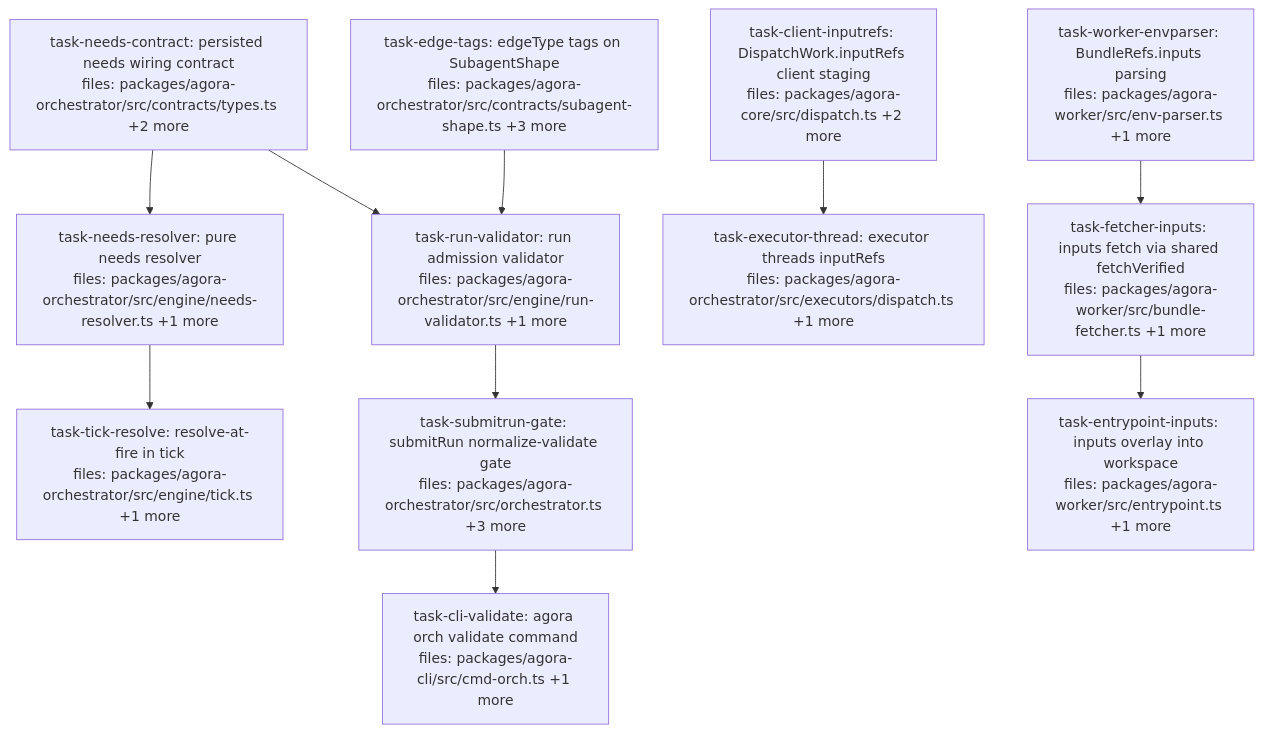
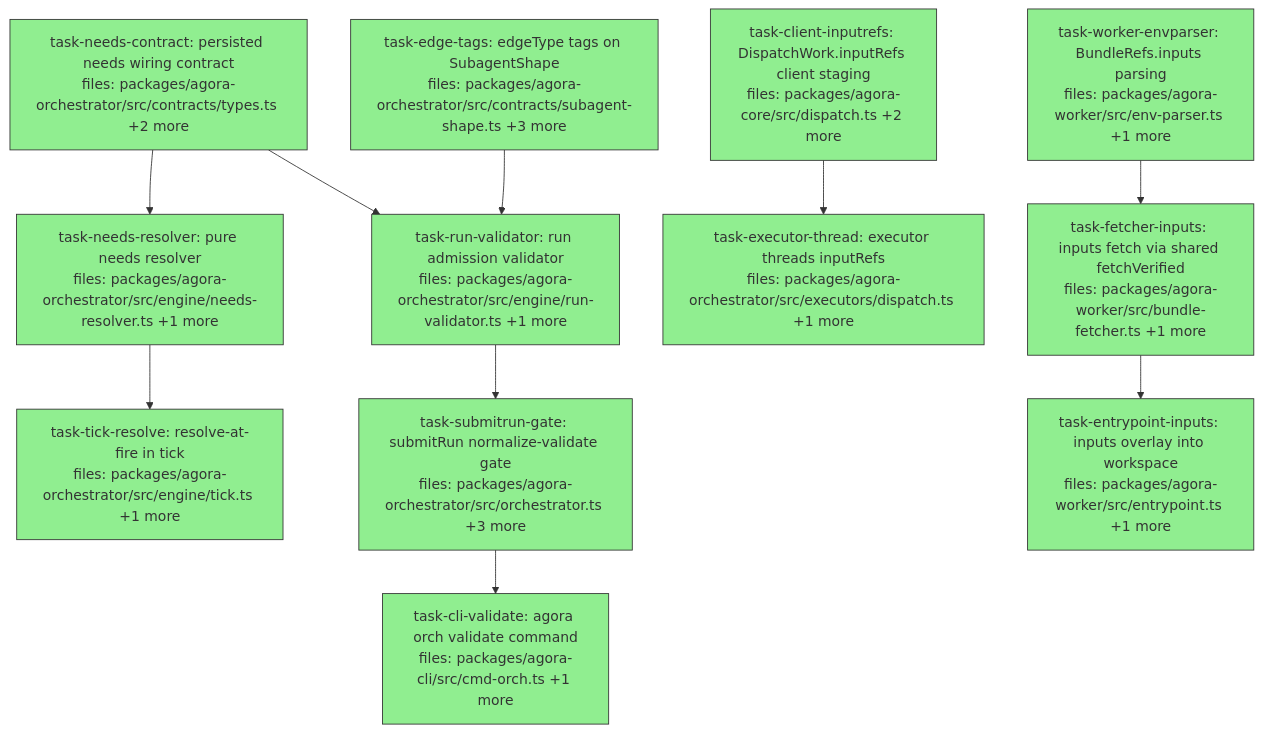
One commit to QuarrySystems/pangolin changed the diagram in docs/superpowers/plans/2026-06-05-handoff-wave-b-input-seam-dag.md. Above: the diagram before and after it, drawn with Mermaid. The commit also changed other lines of this file and 30 other files, not shown here.

First line of the commit message:
feat: typed-product handoff Wave B — input seam, wiring + validation (needs/resolve-at-fire/inputs overlay) (#40)

````diff
--- a/docs/superpowers/plans/2026-06-05-handoff-wave-b-input-seam-dag.md
+++ b/docs/superpowers/plans/2026-06-05-handoff-wave-b-input-seam-dag.md
@@ -6,31 +6,31 @@
 ```mermaid
 flowchart TD
-    task-needs-contract["task-needs-contract: persisted needs wiring contract<br/>files: packages/agora-orchestrator/src/contracts/types.ts +2 more"]
-    task-edge-tags["task-edge-tags: edgeType tags on SubagentShape<br/>files: packages/agora-orchestrator/src/contracts/subagent-shape.ts +3 more"]
-    task-needs-resolver["task-needs-resolver: pure needs resolver<br/>files: packages/agora-orchestrator/src/engine/needs-resolver.ts +1 more"]
-    task-run-validator["task-run-validator: run admission validator<br/>files: packages/agora-orchestrator/src/engine/run-validator.ts +1 more"]
-    task-tick-resolve["task-tick-resolve: resolve-at-fire in tick<br/>files: packages/agora-orchestrator/src/engine/tick.ts +1 more"]
-    task-submitrun-gate["task-submitrun-gate: submitRun normalize-validate gate<br/>files: packages/agora-orchestrator/src/orchestrator.ts +3 more"]
-    task-cli-validate["task-cli-validate: agora orch validate command<br/>files: packages/agora-cli/src/cmd-orch.ts +1 more"]
-    task-client-inputrefs["task-client-inputrefs: DispatchWork.inputRefs client staging<br/>files: packages/agora-core/src/dispatch.ts +2 more"]
-    task-executor-thread["task-executor-thread: executor threads inputRefs<br/>files: packages/agora-orchestrator/src/executors/dispatch.ts +1 more"]
-    task-worker-envparser["task-worker-envparser: BundleRefs.inputs parsing<br/>files: packages/agora-worker/src/env-parser.ts +1 more"]
-    task-fetcher-inputs["task-fetcher-inputs: inputs fetch via shared fetchVerified<br/>files: packages/agora-worker/src/bundle-fetcher.ts +1 more"]
-    task-entrypoint-inputs["task-entrypoint-inputs: inputs overlay into workspace<br/>files: packages/agora-worker/src/entrypoint.ts +1 more"]
+    task-needs-contract["task-needs-contract: persisted needs wiring contract<br/>files: packages/agora-orchestrator/src/contracts/types.ts +2 more"]:::done
+    task-edge-tags["task-edge-tags: edgeType tags on SubagentShape<br/>files: packages/agora-orchestrator/src/contracts/subagent-shape.ts +3 more"]:::done
+    task-needs-resolver["task-needs-resolver: pure needs resolver<br/>files: packages/agora-orchestrator/src/engine/needs-resolver.ts +1 more"]:::done
+    task-run-validator["task-run-validator: run admission validator<br/>files: packages/agora-orchestrator/src/engine/run-validator.ts +1 more"]:::done
+    task-tick-resolve["task-tick-resolve: resolve-at-fire in tick<br/>files: packages/agora-orchestrator/src/engine/tick.ts +1 more"]:::done
+    task-submitrun-gate["task-submitrun-gate: submitRun normalize-validate gate<br/>files: packages/agora-orchestrator/src/orchestrator.ts +3 more"]:::done
+    task-cli-validate["task-cli-validate: agora orch validate command<br/>files: packages/agora-cli/src/cmd-orch.ts +1 more"]:::done
+    task-client-inputrefs["task-client-inputrefs: DispatchWork.inputRefs client staging<br/>files: packages/agora-core/src/dispatch.ts +2 more"]:::done
+    task-executor-thread["task-executor-thread: executor threads inputRefs<br/>files: packages/agora-orchestrator/src/executors/dispatch.ts +1 more"]:::done
+    task-worker-envparser["task-worker-envparser: BundleRefs.inputs parsing<br/>files: packages/agora-worker/src/env-parser.ts +1 more"]:::done
+    task-fetcher-inputs["task-fetcher-inputs: inputs fetch via shared fetchVerified<br/>files: packages/agora-worker/src/bundle-fetcher.ts +1 more"]:::done
+    task-entrypoint-inputs["task-entrypoint-inputs: inputs overlay into workspace<br/>files: packages/agora-worker/src/entrypoint.ts +1 more"]:::done
 
     task-needs-contract --> task-needs-resolver
     task-needs-contract --> task-run-validator
     task-edge-tags --> task-run-validator
     task-needs-resolver --> task-tick-resolve
     task-run-validator --> task-submitrun-gate
     task-submitrun-gate --> task-cli-validate
     task-client-inputrefs --> task-executor-thread
     task-worker-envparser --> task-fetcher-inputs
     task-fetcher-inputs --> task-entrypoint-inputs
 
     classDef done fill:#90ee90,stroke:#333
     classDef ready fill:#fffacd,stroke:#333
     classDef running fill:#87ceeb,stroke:#333
     classDef failed fill:#ffb6c1,stroke:#333
     classDef skipped fill:#d3d3d3,stroke:#333,stroke-dasharray: 5 5
 ```
````
